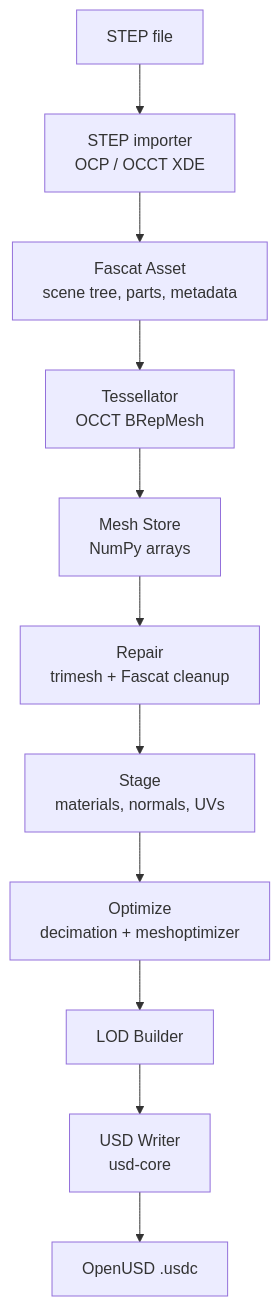
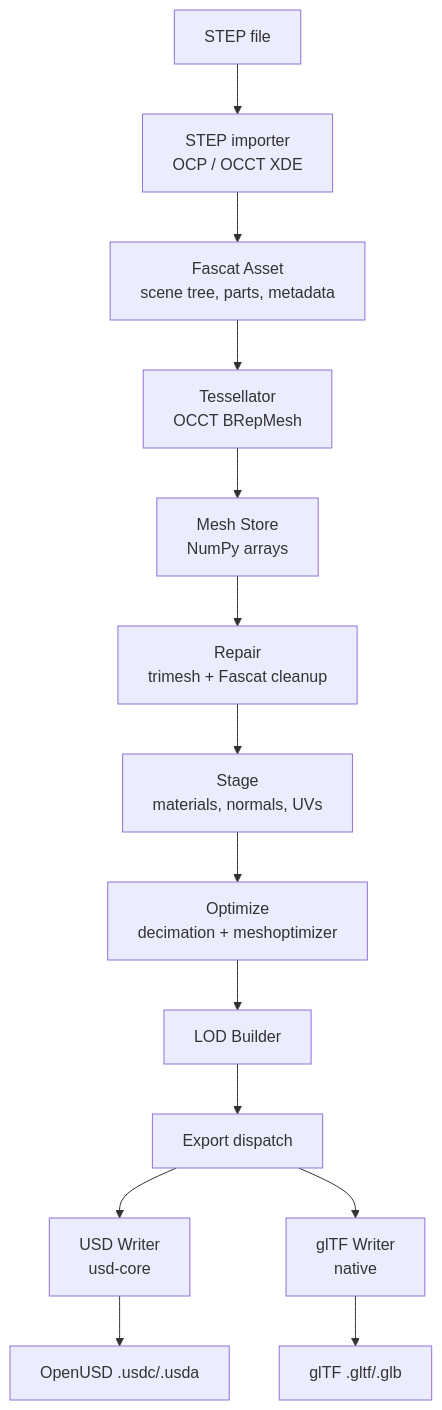
One commit to pavelsimo/fascat changed the first of 2 diagrams in PLAN.md. Above: the diagram before and after it, drawn with Mermaid. The commit also changed other lines of this file and 17 other files, not shown here.

Commit message:
✨ add gltf export and vr profile

````diff
--- a/PLAN.md
+++ b/PLAN.md
@@ -133,13 +135,16 @@
 ```mermaid
 flowchart TD
     A["STEP file"] --> B["STEP importer<br/>OCP / OCCT XDE"]
     B --> C["Fascat Asset<br/>scene tree, parts, metadata"]
     C --> D["Tessellator<br/>OCCT BRepMesh"]
     D --> E["Mesh Store<br/>NumPy arrays"]
     E --> F["Repair<br/>trimesh + Fascat cleanup"]
     F --> G["Stage<br/>materials, normals, UVs"]
     G --> H["Optimize<br/>decimation + meshoptimizer"]
     H --> I["LOD Builder"]
-    I --> J["USD Writer<br/>usd-core"]
-    J --> K["OpenUSD .usdc"]
+    I --> J["Export dispatch"]
+    J --> K["USD Writer<br/>usd-core"]
+    J --> L["glTF Writer<br/>native"]
+    K --> M["OpenUSD .usdc/.usda"]
+    L --> N["glTF .gltf/.glb"]
 ```
````
